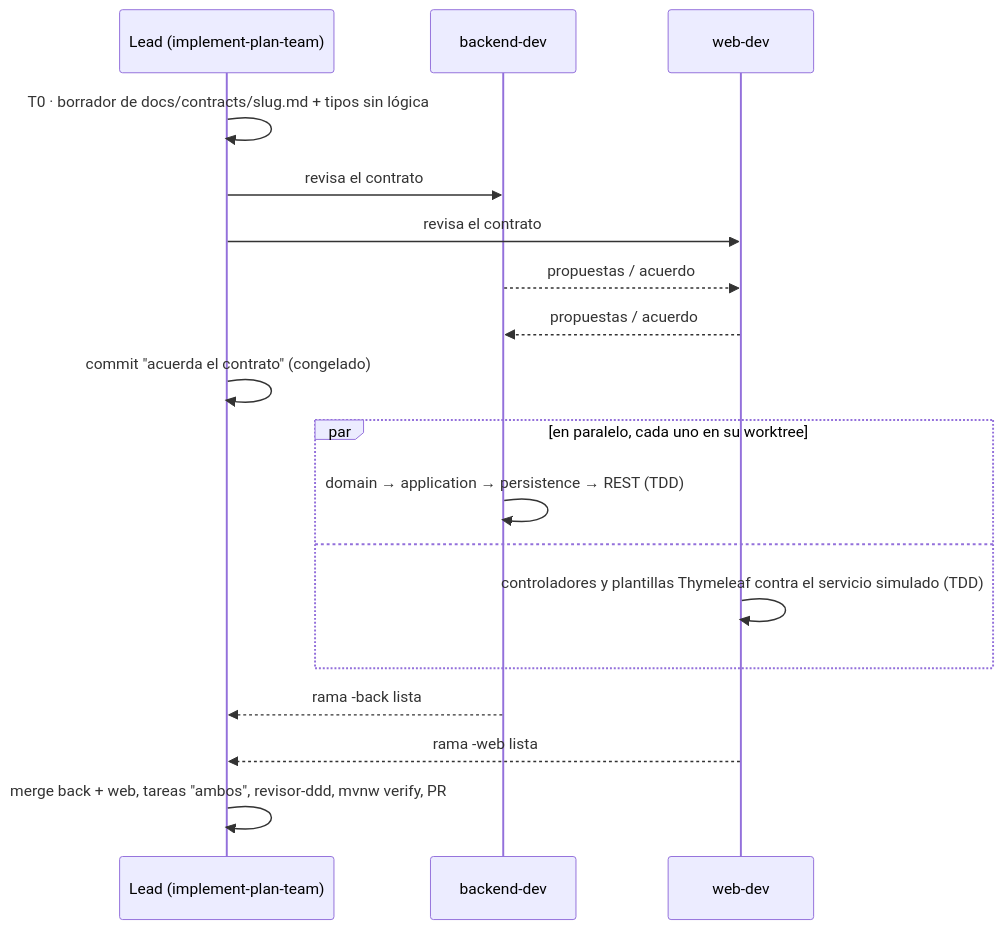
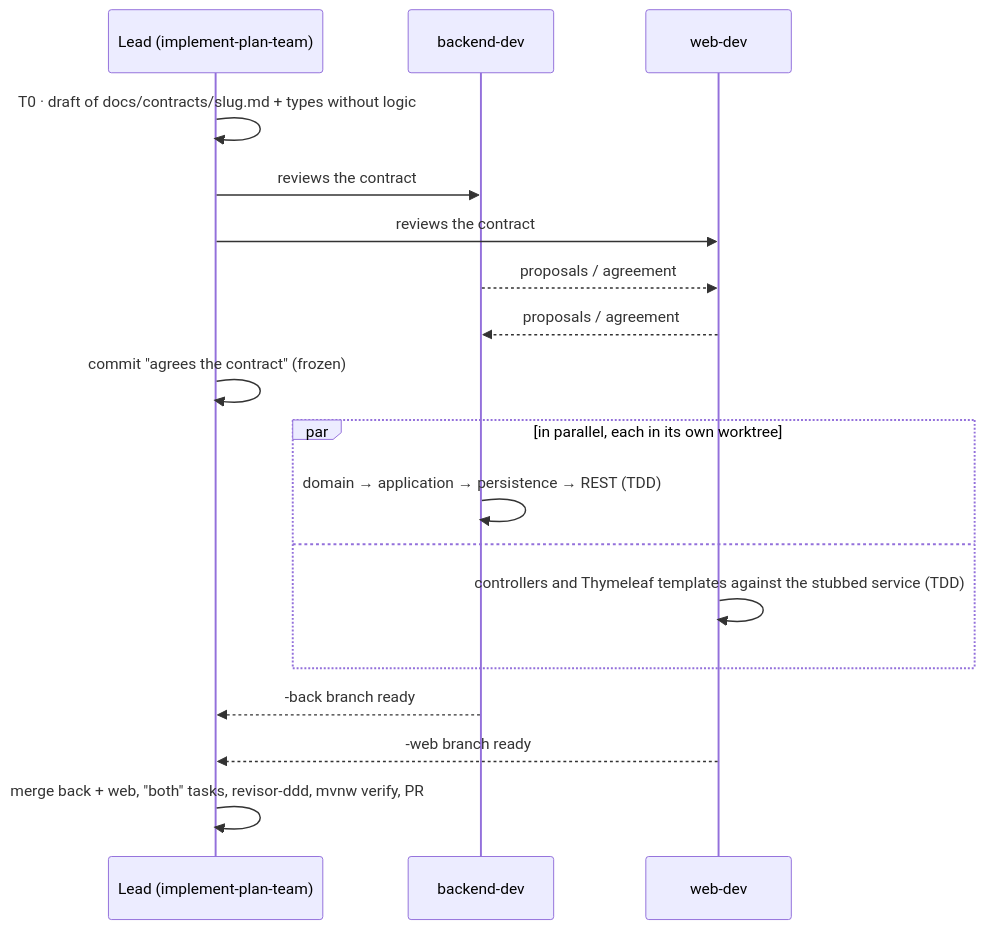
The second of 2 diagrams in docs/ia/arquitectura-ia.md (dawnrock/Proyect-DDD-Claude), drawn with Mermaid before and after one commit. The commit also changed other lines of this file and 1 other file, not shown here.

````diff
--- a/docs/ia/arquitectura-ia.md
+++ b/docs/ia/arquitectura-ia.md
@@ -47,20 +47,20 @@
 ```mermaid
 sequenceDiagram
     participant L as Lead (implement-plan-team)
     participant B as backend-dev
     participant W as web-dev
-    L->>L: T0 · borrador de docs/contracts/slug.md + tipos sin lógica
-    L->>B: revisa el contrato
-    L->>W: revisa el contrato
-    B-->>W: propuestas / acuerdo
-    W-->>B: propuestas / acuerdo
-    L->>L: commit "acuerda el contrato" (congelado)
-    par en paralelo, cada uno en su worktree
+    L->>L: T0 · draft of docs/contracts/slug.md + types without logic
+    L->>B: reviews the contract
+    L->>W: reviews the contract
+    B-->>W: proposals / agreement
+    W-->>B: proposals / agreement
+    L->>L: commit "agrees the contract" (frozen)
+    par in parallel, each in its own worktree
         B->>B: domain → application → persistence → REST (TDD)
     and
-        W->>W: controladores y plantillas Thymeleaf contra el servicio simulado (TDD)
+        W->>W: controllers and Thymeleaf templates against the stubbed service (TDD)
     end
-    B-->>L: rama -back lista
-    W-->>L: rama -web lista
-    L->>L: merge back + web, tareas "ambos", revisor-ddd, mvnw verify, PR
+    B-->>L: -back branch ready
+    W-->>L: -web branch ready
+    L->>L: merge back + web, "both" tasks, revisor-ddd, mvnw verify, PR
 ```
````
